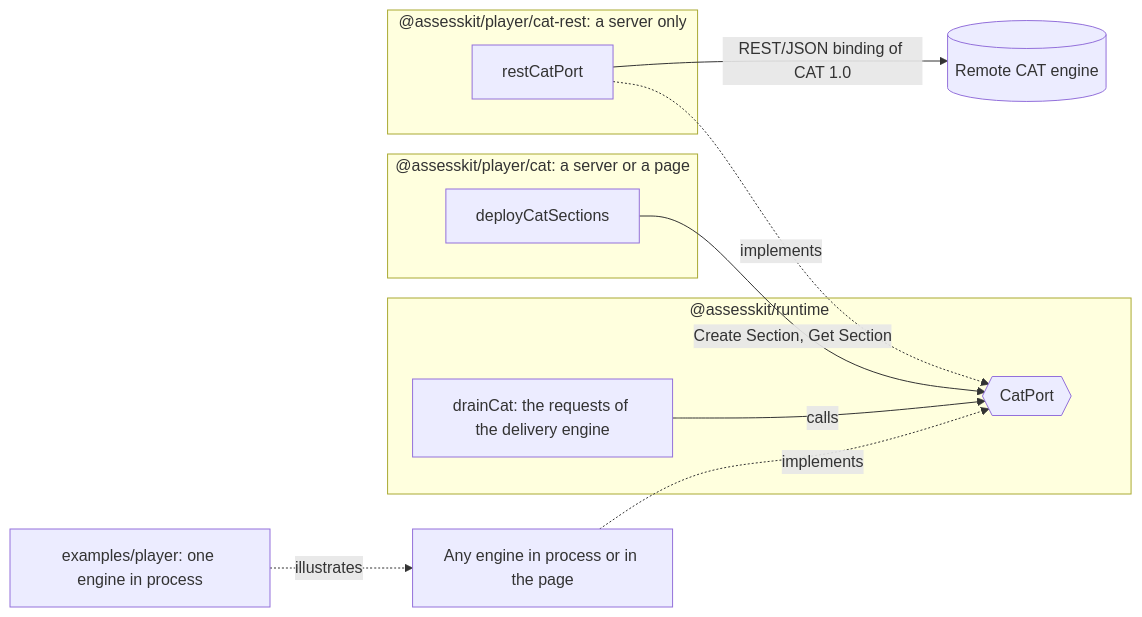
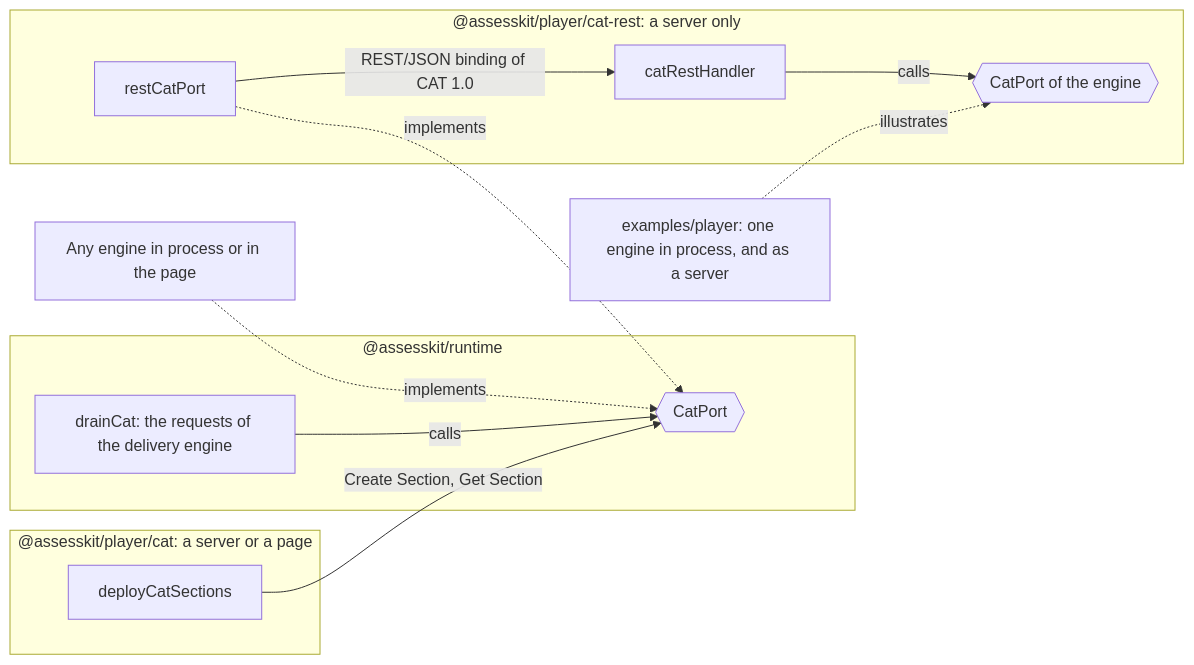
The first of 6 diagrams in docs/player/cat.md (assesskit/assesskit), drawn with Mermaid before and after one commit. The commit also changed other lines of this file and 28 other files, not shown here.

First line of the commit message:
Add catRestHandler, the engine side of the CAT 1.0 REST binding

````diff
--- a/docs/player/cat.md
+++ b/docs/player/cat.md
@@ -8,15 +9,16 @@
 ```mermaid
 flowchart LR
   subgraph runtime["@assesskit/runtime"]
     drain["drainCat: the requests of the delivery engine"] -->|calls| port{{"CatPort"}}
   end
   subgraph shared["@assesskit/player/cat: a server or a page"]
     deploy["deployCatSections"] -->|"Create Section, Get Section"| port
   end
   subgraph server["@assesskit/player/cat-rest: a server only"]
     rest["restCatPort"] -.->|implements| port
+    handler["catRestHandler"] -->|"calls"| engine{{"CatPort of the engine"}}
   end
-  rest -->|"REST/JSON binding of CAT 1.0"| remote[("Remote CAT engine")]
+  rest -->|"REST/JSON binding of CAT 1.0"| handler
   own["Any engine in process or in the page"] -.->|implements| port
-  example["examples/player: one engine in process"] -.->|illustrates| own
+  example["examples/player: one engine in process, and as a server"] -.->|illustrates| engine
 ```
````
